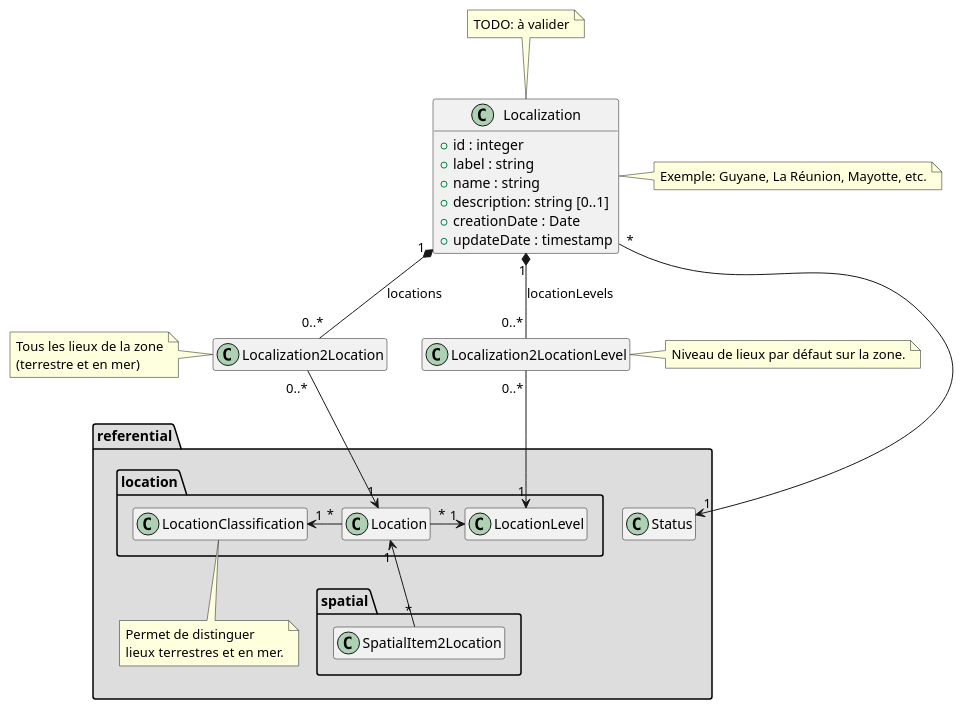
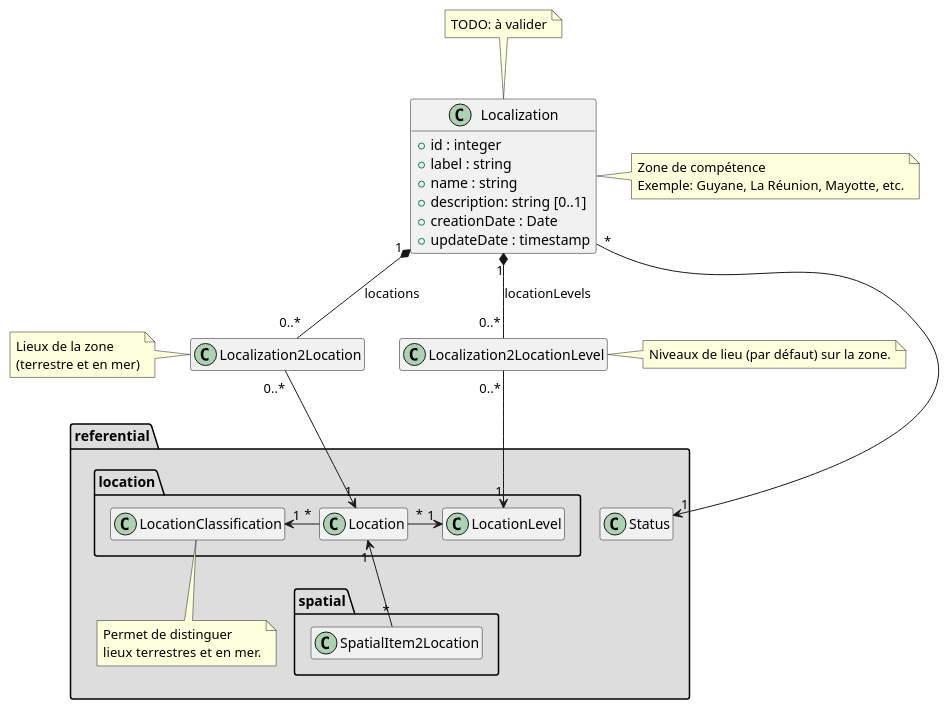
Before and after one commit to sumaris-net/sumaris-doc: the diagram in model/referential/localization.puml, drawn with PlantUML. The commit also changed 1 other file, not shown here.

Commit message:
enh(model) Add localization class diagram (to review)

```diff
--- a/model/referential/localization.puml
+++ b/model/referential/localization.puml
@@ -1,57 +1,57 @@
 @startuml
 hide empty members
 
   class Localization {
     + id : integer
     + label : string
     + name : string
     + description: string [0..1]
     + creationDate : Date
     + updateDate : timestamp
   }
 
   note top of Localization : TODO: à valider
-  note right of Localization: Exemple: Guyane, La Réunion, Mayotte, etc.
+  note right of Localization: Zone de compétence\nExemple: Guyane, La Réunion, Mayotte, etc.
 
   class Localization2Location
 
-  note left: Tous les lieux de la zone\n(terrestre et en mer)
+  note left: Lieux de la zone\n(terrestre et en mer)
 
   class Localization2LocationLevel
 
-  note right: Niveau de lieux par défaut sur la zone.
+  note right: Niveaux de lieu (par défaut) sur la zone.
 
   package referential #DDDDDD {
 
     class Status
 
     package location {
       class LocationClassification
       class LocationLevel
       class Location
 
       LocationClassification "1" <-right- "*" Location
       LocationLevel "1" <-left- "*" Location
 
     }
 
     note bottom of LocationClassification: Permet de distinguer\nlieux terrestres et en mer.
 
     package spatial {
       class SpatialItem2Location
     }
   }
 
 
 
   Localization "*" --> "1" Status
   Localization "1" *-- "0..*" Localization2LocationLevel: locationLevels
   Localization "1" *-- "0..*" Localization2Location: locations
   Localization2LocationLevel "0..*" --> "1" LocationLevel
   Localization2Location "0..*" --> "1" Location
 
   SpatialItem2Location "*" -up-> "1" Location
 
 }
 
 @enduml
```
